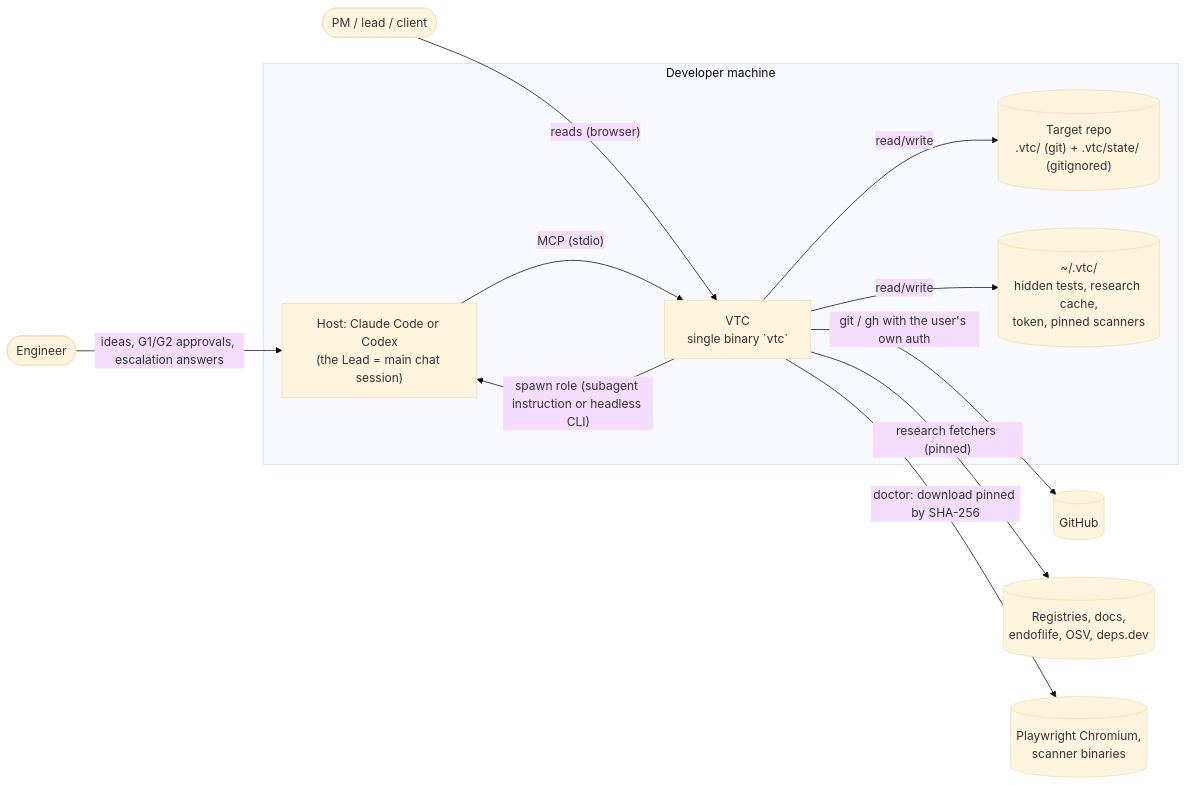
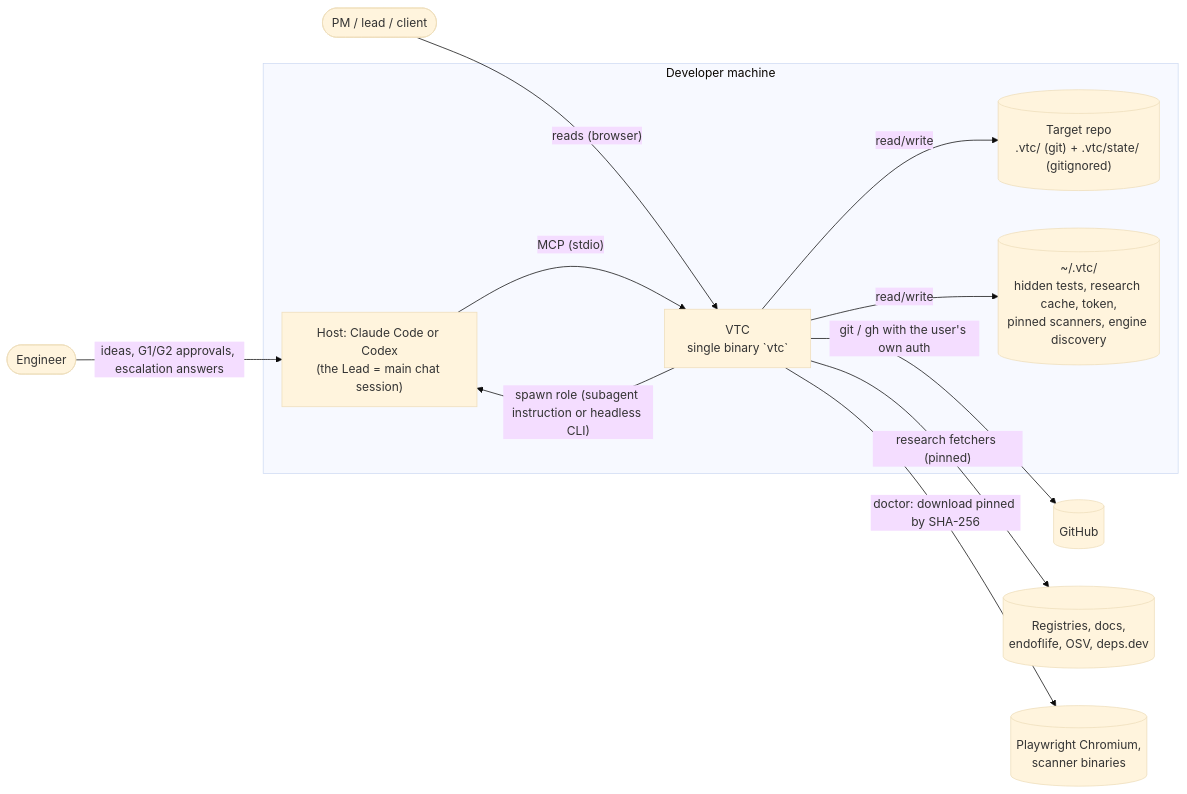
One commit to bason-labs/bs-vtc changed the first of 2 diagrams in docs/architecture/vtc-spine.md. Above: the diagram before and after it, drawn with Mermaid (base theme). The commit also changed other lines of this file and 161 other files, not shown here.

````diff
--- a/docs/architecture/vtc-spine.md
+++ b/docs/architecture/vtc-spine.md
@@ -23,18 +26,18 @@
 ```mermaid
 flowchart LR
   eng([Engineer]) -- "ideas, G1/G2 approvals, escalation answers" --> host
   obs([PM / lead / client]) -- "reads (browser)" --> vtc
   subgraph machine [Developer machine]
     host["Host: Claude Code or Codex<br/>(the Lead = main chat session)"]
     vtc["VTC<br/>single binary `vtc`"]
     repo[("Target repo<br/>.vtc/ (git) + .vtc/state/ (gitignored)")]
-    home[("~/.vtc/<br/>hidden tests, research cache,<br/>token, pinned scanners")]
+    home[("~/.vtc/<br/>hidden tests, research cache, token,<br/>pinned scanners, engine discovery")]
   end
   host -- "MCP (stdio)" --> vtc
   vtc -- "spawn role (subagent instruction or headless CLI)" --> host
   vtc -- "read/write" --> repo
   vtc -- "read/write" --> home
   vtc -- "git / gh with the user's own auth" --> gh[(GitHub)]
   vtc -- "research fetchers (pinned)" --> web[(Registries, docs,<br/>endoflife, OSV, deps.dev)]
   vtc -- "doctor: download pinned by SHA-256" --> dl[(Playwright Chromium,<br/>scanner binaries)]
 ```
````
